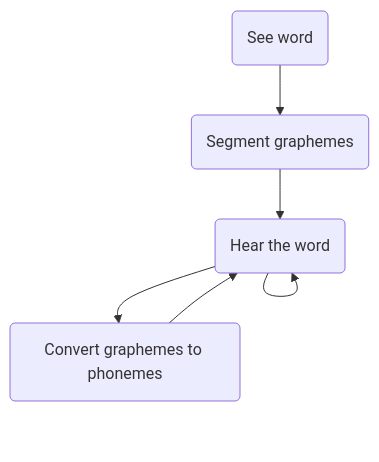
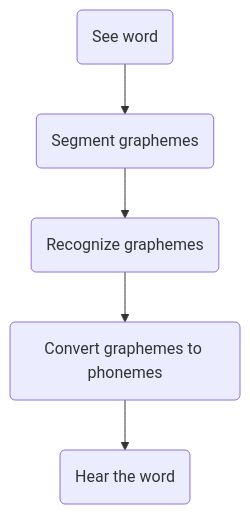
One commit to ethanweed/ExPsyLing changed the diagram in 2022/Slides/Lecture-04.md. Above: the diagram before and after it, drawn with Mermaid. The commit also changed 1 other file, not shown here.

Commit message:
auto-updated with build.sh

````diff
--- a/2022/Slides/Lecture-04.md
+++ b/2022/Slides/Lecture-04.md
@@ -85,8 +85,8 @@
 ```{.mermaid format=svg  theme=neutral width=400}
 graph TB
 A(See word) -->B(Segment graphemes)
-B-->C(Recognize graphemes) --> 
+B-->C(Recognize graphemes) 
 C-->D(Convert graphemes to phonemes)
-D --> C("Hear" the word)
+D --> E("Hear" the word)
 
 ```
````
